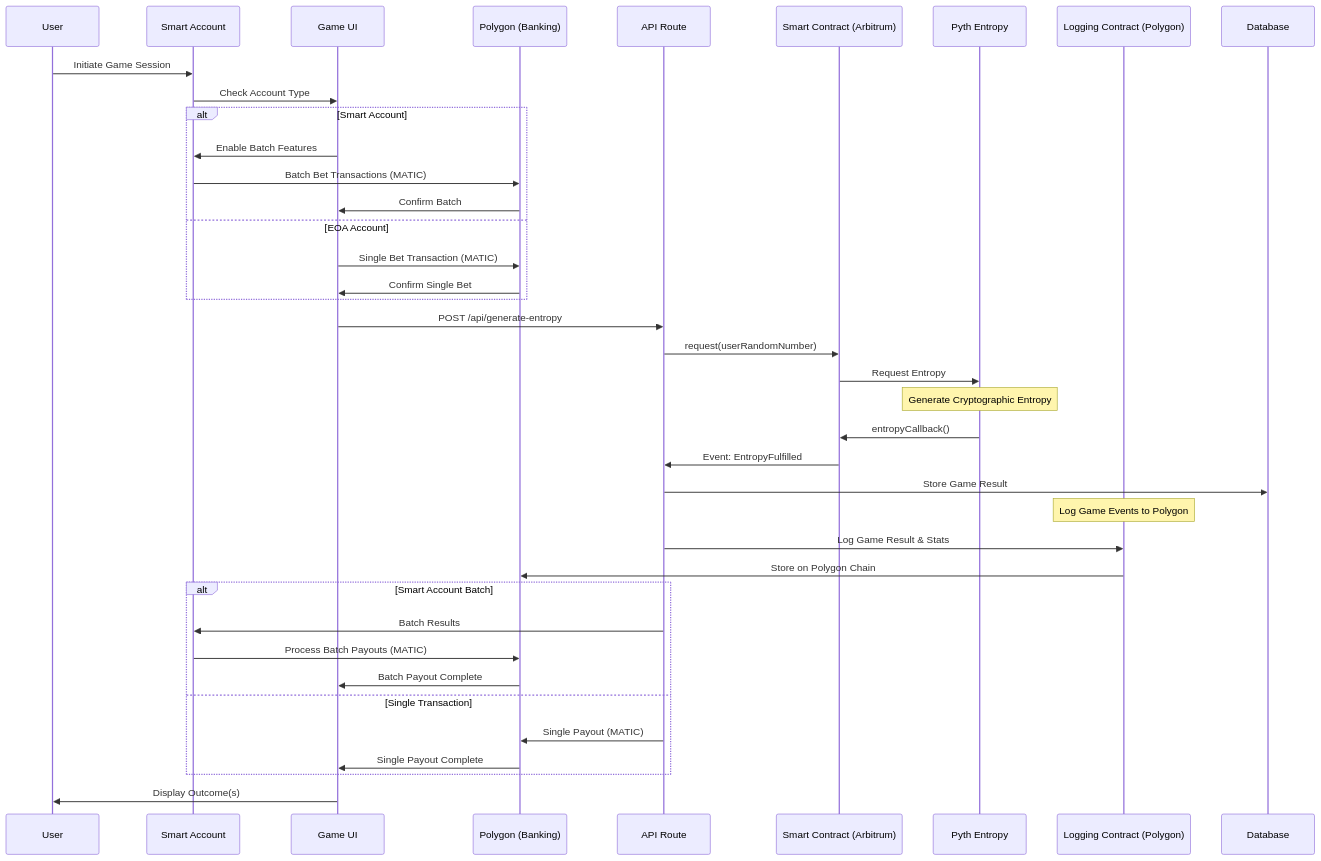
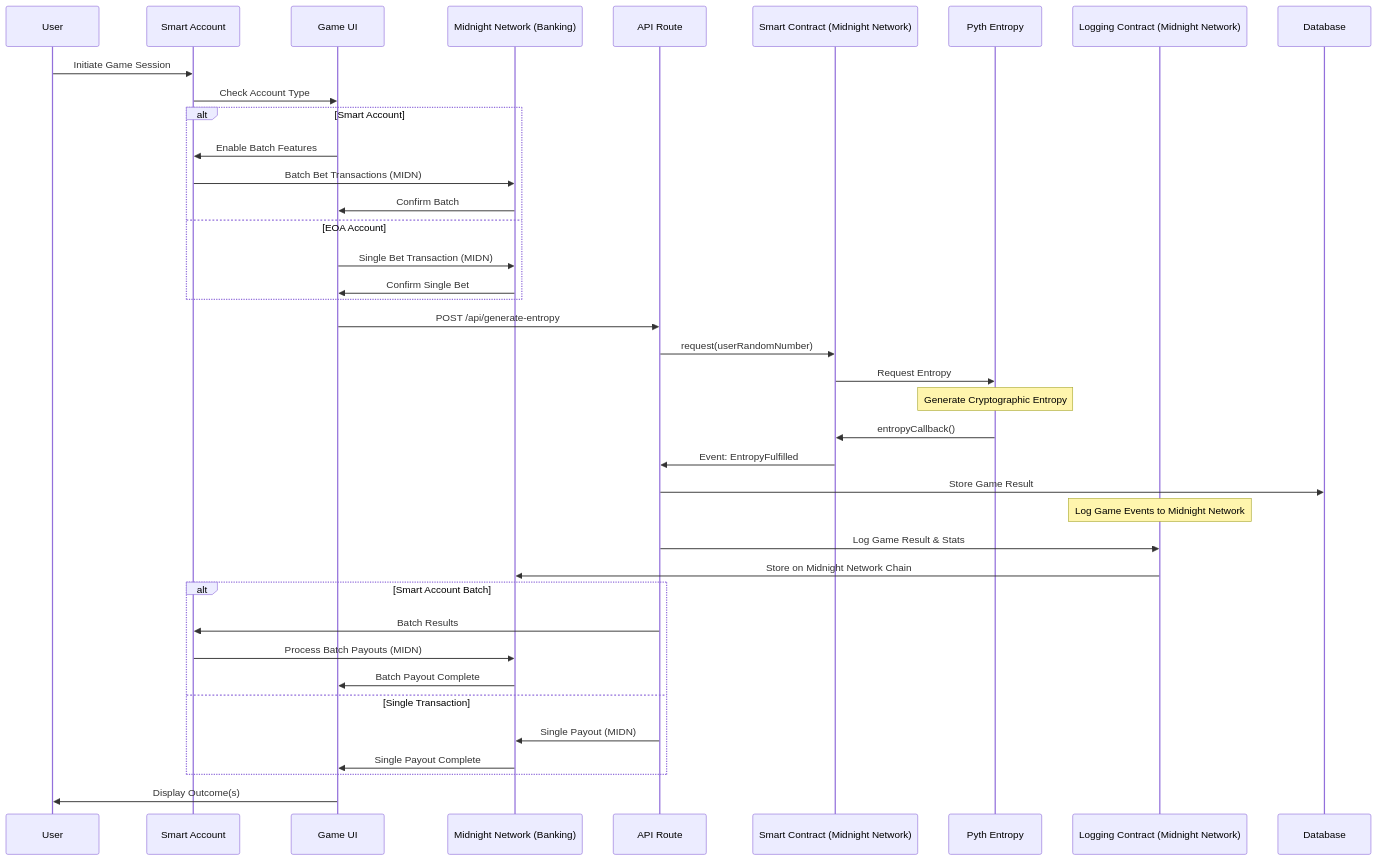
Before and after one commit to AmaanSayyad/Midnight-Casino: the seventh of 23 diagrams in MERMAID_DIAGRAMS.md, drawn with Mermaid. The commit also changed other lines of this file and 2 other files, not shown here.

Commit message:
rebrand(midnight): establish baseline identity and theme scaffolding

````diff
--- a/MERMAID_DIAGRAMS.md
+++ b/MERMAID_DIAGRAMS.md
@@ -263,49 +263,49 @@
 ```mermaid
 sequenceDiagram
     participant U as User
     participant SA as Smart Account
     participant UI as Game UI
-    participant POL as Polygon (Banking)
+    participant POL as Midnight Network (Banking)
     participant API as API Route
-    participant SC as Smart Contract (Arbitrum)
+    participant SC as Smart Contract (Midnight Network)
     participant PE as Pyth Entropy
-    participant LOG as Logging Contract (Polygon)
+    participant LOG as Logging Contract (Midnight Network)
     participant DB as Database
     
     U->>SA: Initiate Game Session
     SA->>UI: Check Account Type
     
     alt Smart Account
         UI->>SA: Enable Batch Features
-        SA->>POL: Batch Bet Transactions (MATIC)
+        SA->>POL: Batch Bet Transactions (MIDN)
         POL->>UI: Confirm Batch
     else EOA Account
-        UI->>POL: Single Bet Transaction (MATIC)
+        UI->>POL: Single Bet Transaction (MIDN)
         POL->>UI: Confirm Single Bet
     end
     
     UI->>API: POST /api/generate-entropy
     API->>SC: request(userRandomNumber)
     SC->>PE: Request Entropy
     
     Note over PE: Generate Cryptographic Entropy
     
     PE->>SC: entropyCallback()
     SC->>API: Event: EntropyFulfilled
     API->>DB: Store Game Result
     
-    Note over LOG: Log Game Events to Polygon
+    Note over LOG: Log Game Events to Midnight Network
     API->>LOG: Log Game Result & Stats
-    LOG->>POL: Store on Polygon Chain
+    LOG->>POL: Store on Midnight Network Chain
     
     alt Smart Account Batch
         API->>SA: Batch Results
-        SA->>POL: Process Batch Payouts (MATIC)
+        SA->>POL: Process Batch Payouts (MIDN)
         POL->>UI: Batch Payout Complete
     else Single Transaction
-        API->>POL: Single Payout (MATIC)
+        API->>POL: Single Payout (MIDN)
         POL->>UI: Single Payout Complete
     end
     
     UI->>U: Display Outcome(s)
 ```
````
